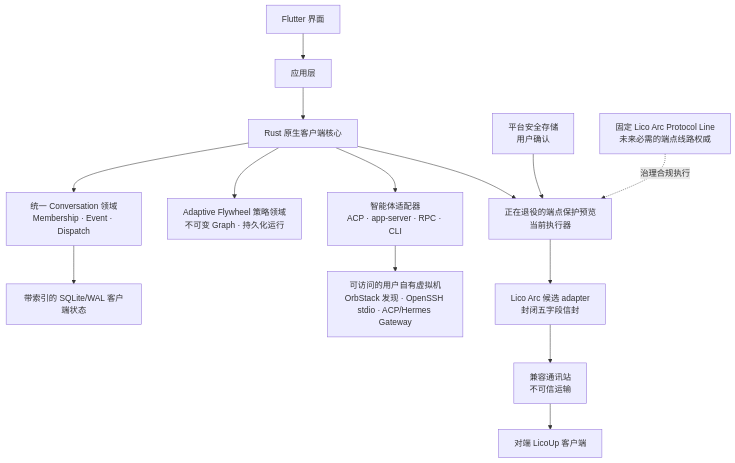
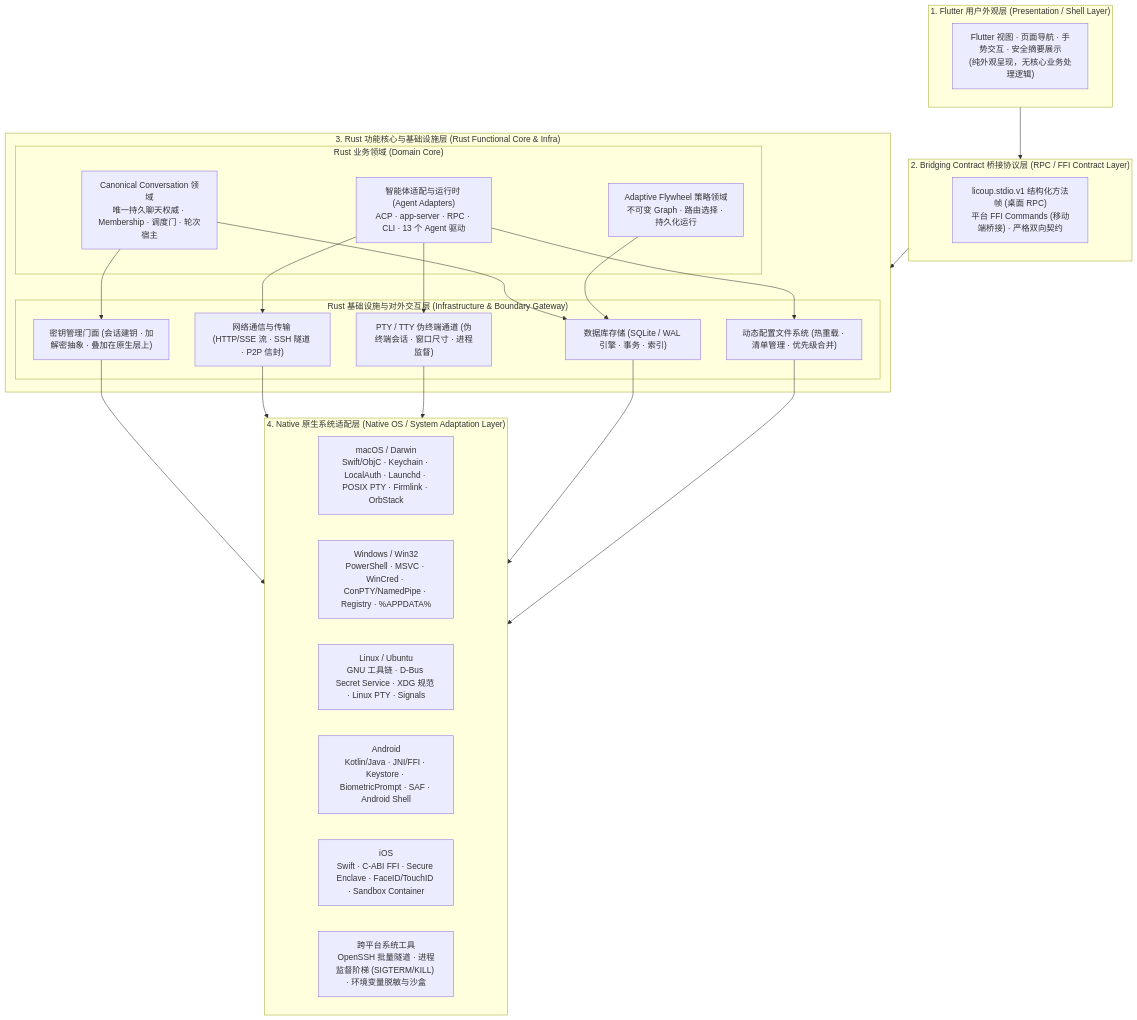
Before and after one commit to LicoLand/LicoUp: the diagram in docs/architecture/README.zh-CN.md, drawn with Mermaid. The commit also changed other lines of this file and 257 other files, not shown here.

````diff
--- a/docs/architecture/README.zh-CN.md
+++ b/docs/architecture/README.zh-CN.md
@@ -24,16 +50,50 @@
 ```mermaid
 flowchart TB
-    UI["Flutter 界面"] --> APP["应用层"]
-    APP --> CORE["Rust 原生客户端核心"]
-    CORE --> CONVERSATIONS["统一 Conversation 领域<br/>Membership · Event · Dispatch"]
-    CORE --> STRATEGIES["Adaptive Flywheel 策略领域<br/>不可变 Graph · 持久化运行"]
-    CONVERSATIONS --> STORE["带索引的 SQLite/WAL 客户端状态"]
-    CORE --> AGENTS["智能体适配器<br/>ACP · app-server · RPC · CLI"]
-    AGENTS --> VM["可访问的用户自有虚拟机<br/>OrbStack 发现 · OpenSSH stdio · ACP/Hermes Gateway"]
-    CORE --> MESH["正在退役的端点保护预览<br/>当前执行器"]
-    MESH --> ARC["Lico Arc 候选 adapter<br/>封闭五字段信封"]
-    ARC --> STATION["兼容通讯站<br/>不可信运输"]
-    STATION --> PEER["对端 LicoUp 客户端"]
-    KEYS["平台安全存储<br/>用户确认"] --> MESH
-    LINE["固定 Lico Arc Protocol Line<br/>未来必需的端点线路权威"] -. "治理合规执行" .-> MESH
+    subgraph LAYER1["1. Flutter 用户外观层 (Presentation / Shell Layer)"]
+        UI["Flutter 视图 · 页面导航 · 手势交互 · 安全摘要展示<br/>(纯外观呈现，无核心业务处理逻辑)"]
+    end
+
+    subgraph LAYER2["2. Bridging Contract 桥接协议层 (RPC / FFI Contract Layer)"]
+        BRIDGE["licoup.stdio.v1 结构化方法帧 (桌面 RPC)<br/>平台 FFI Commands (移动端桥接) · 严格双向契约"]
+    end
+
+    subgraph LAYER3["3. Rust 功能核心与基础设施层 (Rust Functional Core & Infra)"]
+        subgraph DOMAIN_BOX["Rust 业务领域 (Domain Core)"]
+            CONVERSATIONS["Canonical Conversation 领域<br/>唯一持久聊天权威 · Membership · 调度门 · 轮次宿主"]
+            STRATEGIES["Adaptive Flywheel 策略领域<br/>不可变 Graph · 路由选择 · 持久化运行"]
+            AGENTS["智能体适配与运行时 (Agent Adapters)<br/>ACP · app-server · RPC · CLI · 13 个 Agent 驱动"]
+        end
+
+        subgraph INFRA_BOX["Rust 基础设施与对外交互层 (Infrastructure & Boundary Gateway)"]
+            DB_STORAGE["数据库存储 (SQLite / WAL 引擎 · 事务 · 索引)"]
+            DYNAMIC_CONFIG["动态配置文件系统 (热重载 · 清单管理 · 优先级合并)"]
+            SECRET_CUSTODY["密钥管理门面 (会话建钥 · 加解密抽象 · 叠加在原生层上)"]
+            NET_TRANSPORT["网络通信与传输 (HTTP/SSE 流 · SSH 隧道 · P2P 信封)"]
+            PTY_TRANSPORT["PTY / TTY 伪终端通道 (伪终端会话 · 窗口尺寸 · 进程监督)"]
+        end
+
+        CONVERSATIONS --> DB_STORAGE
+        STRATEGIES --> DB_STORAGE
+        AGENTS --> NET_TRANSPORT
+        AGENTS --> PTY_TRANSPORT
+        CONVERSATIONS --> SECRET_CUSTODY
+        AGENTS --> DYNAMIC_CONFIG
+    end
+
+    subgraph LAYER4["4. Native 原生系统适配层 (Native OS / System Adaptation Layer)"]
+        MACOS["macOS / Darwin<br/>Swift/ObjC · Keychain · LocalAuth · Launchd · POSIX PTY · Firmlink · OrbStack"]
+        WINDOWS["Windows / Win32<br/>PowerShell · MSVC · WinCred · ConPTY/NamedPipe · Registry · %APPDATA%"]
+        LINUX["Linux / Ubuntu<br/>GNU 工具链 · D-Bus Secret Service · XDG 规范 · Linux PTY · Signals"]
+        ANDROID["Android<br/>Kotlin/Java · JNI/FFI · Keystore · BiometricPrompt · SAF · Android Shell"]
+        IOS["iOS<br/>Swift · C-ABI FFI · Secure Enclave · FaceID/TouchID · Sandbox Container"]
+        COMMON_OS["跨平台系统工具<br/>OpenSSH 批量隧道 · 进程监督阶梯 (SIGTERM/KILL) · 环境变量脱敏与沙盒"]
+    end
+
+    LAYER1 --> LAYER2
+    LAYER2 --> LAYER3
+    SECRET_CUSTODY --> LAYER4
+    NET_TRANSPORT --> LAYER4
+    PTY_TRANSPORT --> LAYER4
+    DB_STORAGE --> LAYER4
+    DYNAMIC_CONFIG --> LAYER4
 ```
````
